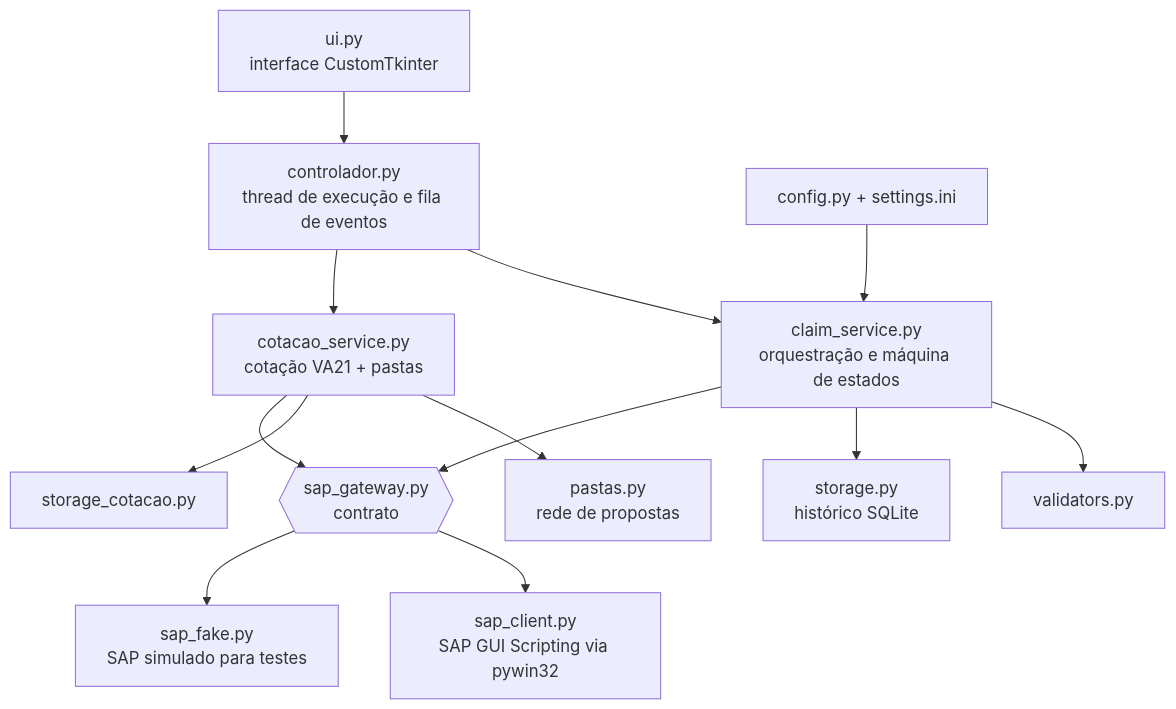
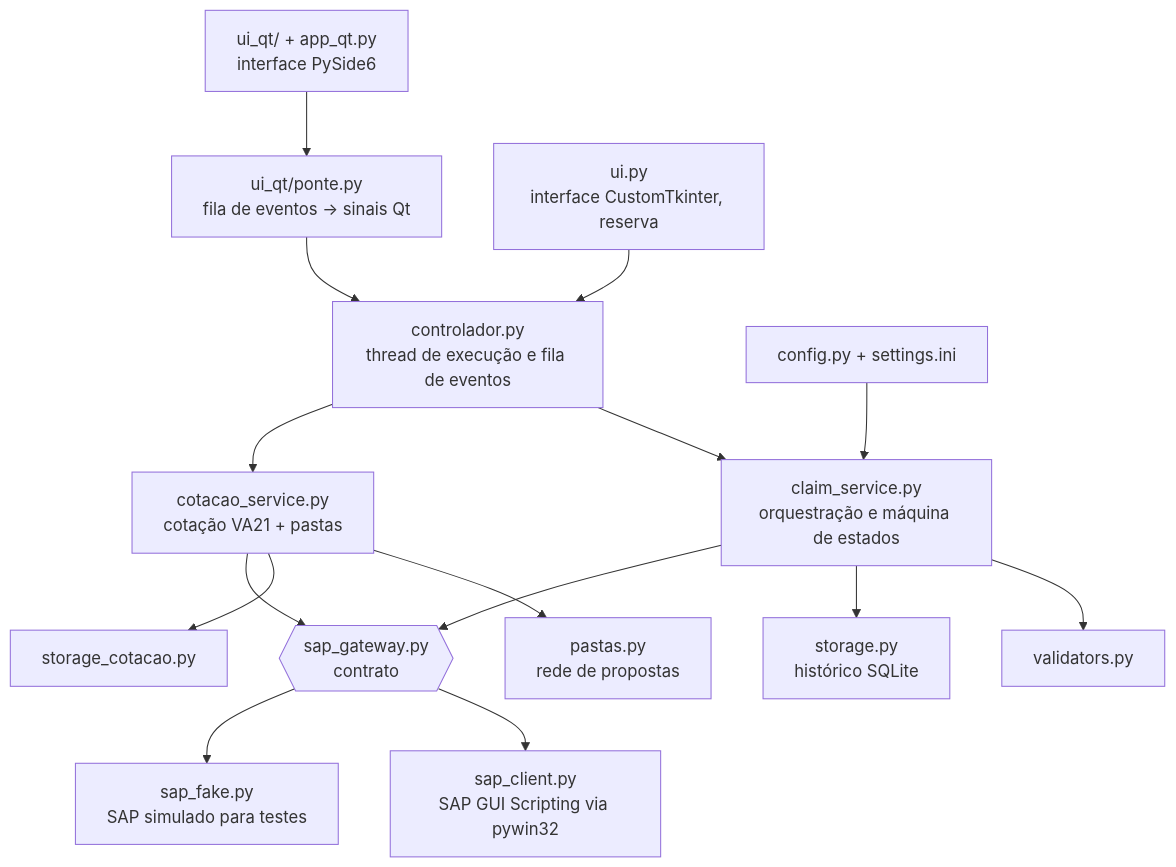
Before and after one commit to tiagopricilianoo/sap-claim-automation: the third of 4 diagrams in README.md, drawn with Mermaid. The commit also changed other lines of this file and 36 other files, not shown here.

First line of the commit message:
Interface nova em PySide6, planilha do Gerador e aviso de atualização

````diff
--- a/README.md
+++ b/README.md
@@ -118,15 +120,17 @@
 ```mermaid
 flowchart TB
-    UI[ui.py<br/>interface CustomTkinter] --> CTRL[controlador.py<br/>thread de execução e fila de eventos]
+    QT[ui_qt/ + app_qt.py<br/>interface PySide6] --> PONTE[ui_qt/ponte.py<br/>fila de eventos → sinais Qt]
+    PONTE --> CTRL[controlador.py<br/>thread de execução e fila de eventos]
+    UI[ui.py<br/>interface CustomTkinter, reserva] --> CTRL
     CTRL --> SVC[claim_service.py<br/>orquestração e máquina de estados]
     SVC --> VAL[validators.py]
     SVC --> STO[storage.py<br/>histórico SQLite]
     CTRL --> COT[cotacao_service.py<br/>cotação VA21 + pastas]
     COT --> PAS[pastas.py<br/>rede de propostas]
     COT --> STC[storage_cotacao.py]
     SVC --> GW{{sap_gateway.py<br/>contrato}}
     COT --> GW
     GW --> REAL[sap_client.py<br/>SAP GUI Scripting via pywin32]
     GW --> FAKE[sap_fake.py<br/>SAP simulado para testes]
     CFG[config.py + settings.ini] --> SVC
 ```
````
